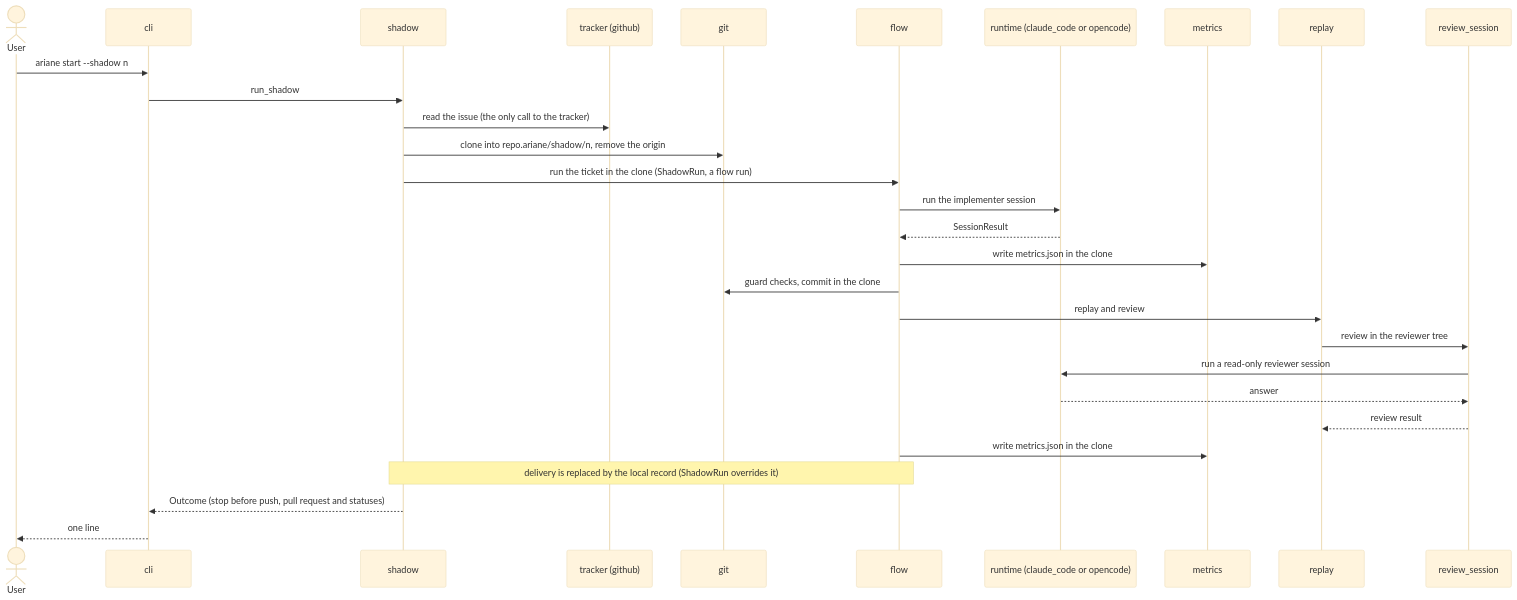
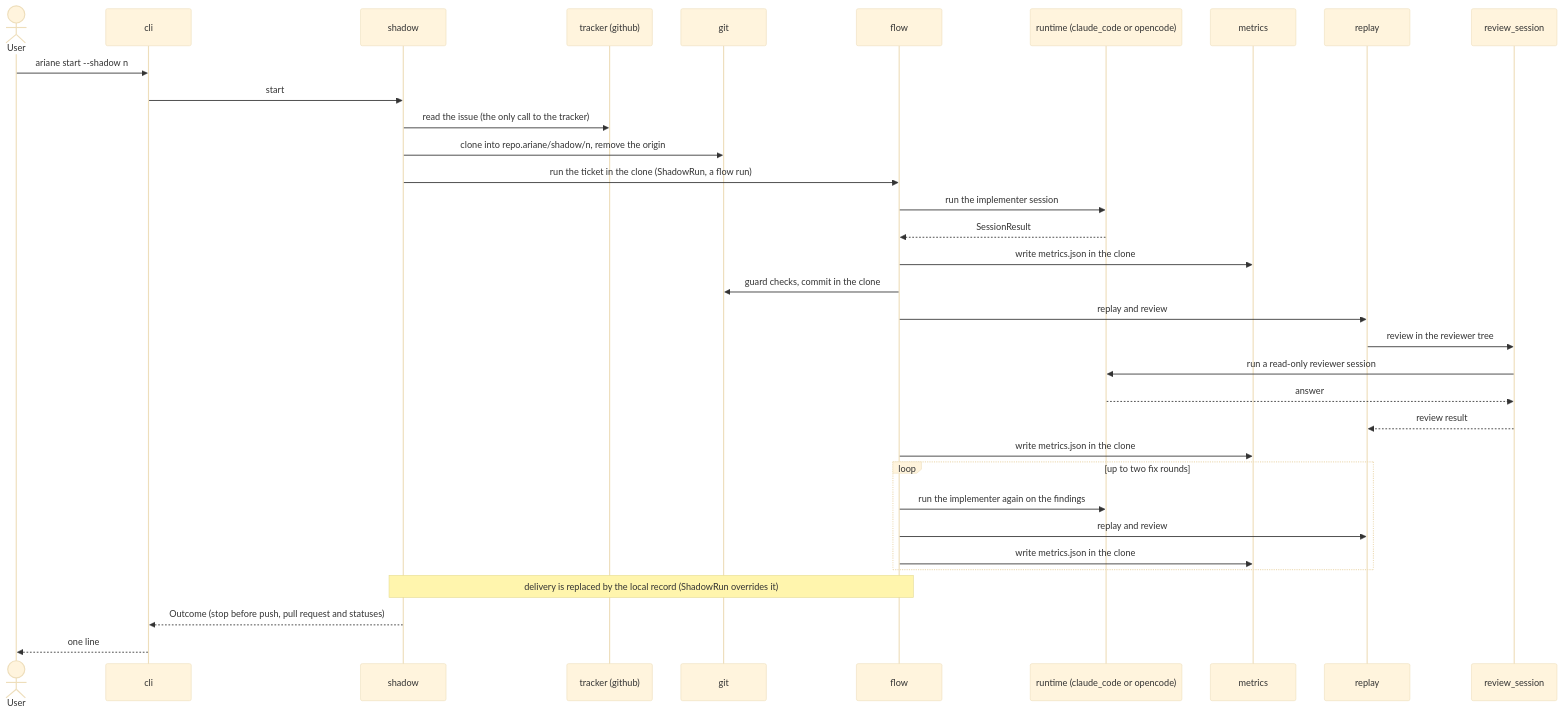
Before and after one commit to plaplanche/ariane: the third of 6 diagrams in docs/architecture/3-components.md, drawn with Mermaid (base theme). The commit also changed other lines of this file and 3 other files, not shown here.

````diff
--- a/docs/architecture/3-components.md
+++ b/docs/architecture/3-components.md
@@ -182,31 +182,36 @@
 ```mermaid
 sequenceDiagram
   actor U as User
   participant CLI as cli
   participant H as shadow
   participant T as tracker (github)
   participant G as git
   participant F as flow
   participant R as runtime (claude_code or opencode)
   participant M as metrics
   participant P as replay
   participant S as review_session
   U->>CLI: ariane start --shadow n
-  CLI->>H: run_shadow
+  CLI->>H: start
   H->>T: read the issue (the only call to the tracker)
   H->>G: clone into repo.ariane/shadow/n, remove the origin
   H->>F: run the ticket in the clone (ShadowRun, a flow run)
   F->>R: run the implementer session
   R-->>F: SessionResult
   F->>M: write metrics.json in the clone
   F->>G: guard checks, commit in the clone
   F->>P: replay and review
   P->>S: review in the reviewer tree
   S->>R: run a read-only reviewer session
   R-->>S: answer
   S-->>P: review result
   F->>M: write metrics.json in the clone
+  loop up to two fix rounds
+    F->>R: run the implementer again on the findings
+    F->>P: replay and review
+    F->>M: write metrics.json in the clone
+  end
   Note over F,H: delivery is replaced by the local record (ShadowRun overrides it)
   H-->>CLI: Outcome (stop before push, pull request and statuses)
   CLI-->>U: one line
 ```
````
